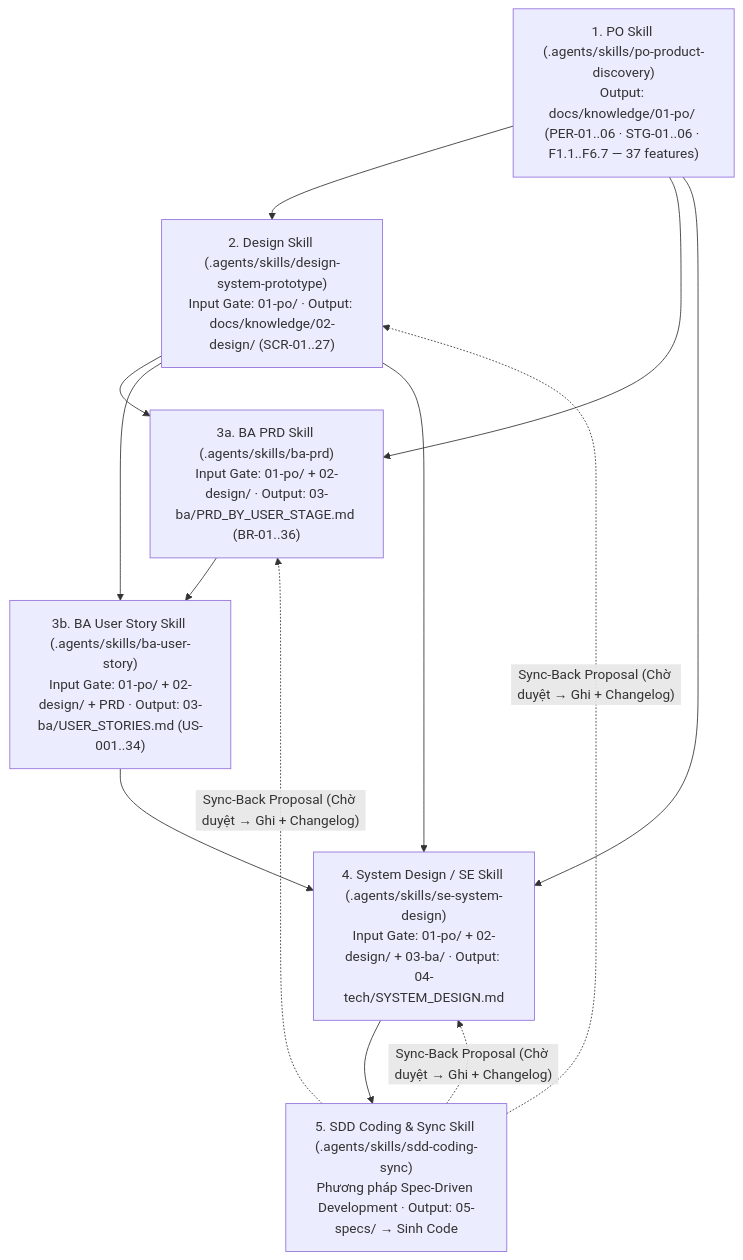
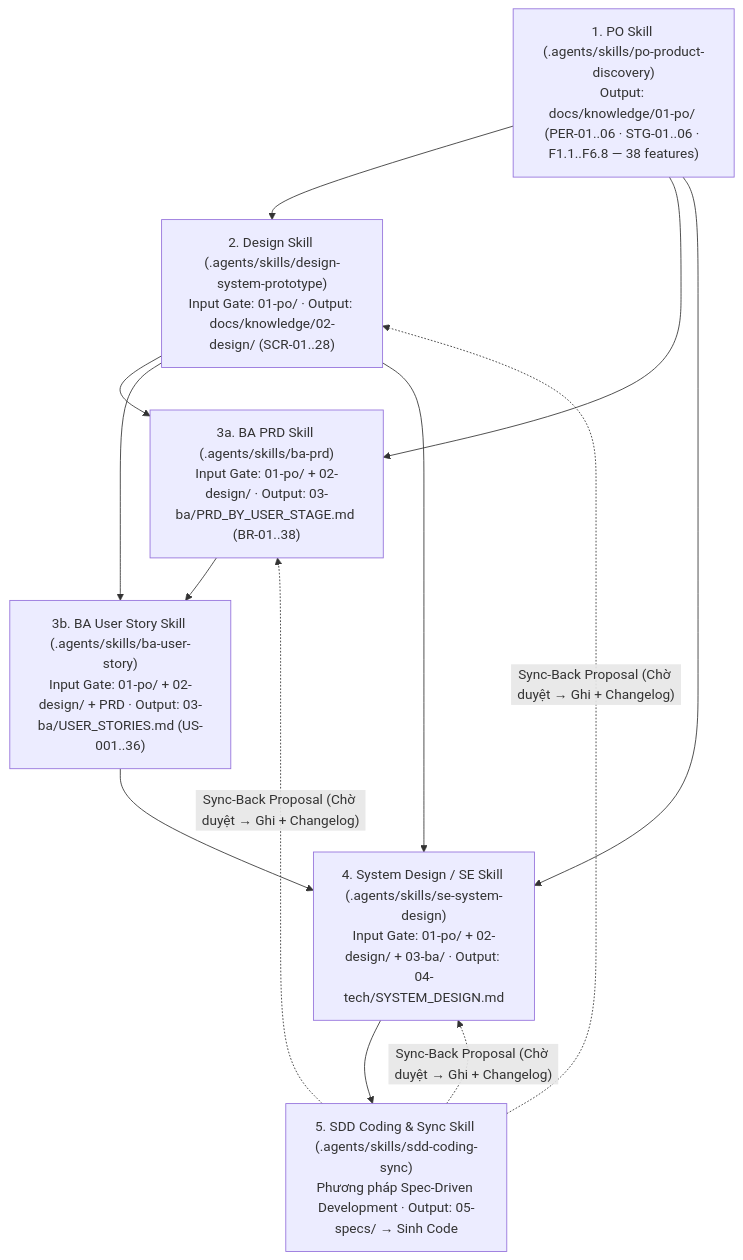
One commit to lequochuy05/order_by_qr changed the diagram in docs/knowledge/KNOWLEDGE_HUB.md. Above: the diagram before and after it, drawn with Mermaid. The commit also changed other lines of this file and 8 other files, not shown here.

````diff
--- a/docs/knowledge/KNOWLEDGE_HUB.md
+++ b/docs/knowledge/KNOWLEDGE_HUB.md
@@ -9,22 +9,22 @@
 ```mermaid
 flowchart TB
-    PO["1. PO Skill (.agents/skills/po-product-discovery)<br/>Output: docs/knowledge/01-po/ (PER-01..06 · STG-01..06 · F1.1..F6.7 — 37 features)"]
-    DES["2. Design Skill (.agents/skills/design-system-prototype)<br/>Input Gate: 01-po/ · Output: docs/knowledge/02-design/ (SCR-01..27)"]
-    BA1["3a. BA PRD Skill (.agents/skills/ba-prd)<br/>Input Gate: 01-po/ + 02-design/ · Output: 03-ba/PRD_BY_USER_STAGE.md (BR-01..36)"]
-    BA2["3b. BA User Story Skill (.agents/skills/ba-user-story)<br/>Input Gate: 01-po/ + 02-design/ + PRD · Output: 03-ba/USER_STORIES.md (US-001..34)"]
+    PO["1. PO Skill (.agents/skills/po-product-discovery)<br/>Output: docs/knowledge/01-po/ (PER-01..06 · STG-01..06 · F1.1..F6.8 — 38 features)"]
+    DES["2. Design Skill (.agents/skills/design-system-prototype)<br/>Input Gate: 01-po/ · Output: docs/knowledge/02-design/ (SCR-01..28)"]
+    BA1["3a. BA PRD Skill (.agents/skills/ba-prd)<br/>Input Gate: 01-po/ + 02-design/ · Output: 03-ba/PRD_BY_USER_STAGE.md (BR-01..38)"]
+    BA2["3b. BA User Story Skill (.agents/skills/ba-user-story)<br/>Input Gate: 01-po/ + 02-design/ + PRD · Output: 03-ba/USER_STORIES.md (US-001..36)"]
     SE["4. System Design / SE Skill (.agents/skills/se-system-design)<br/>Input Gate: 01-po/ + 02-design/ + 03-ba/ · Output: 04-tech/SYSTEM_DESIGN.md"]
     SDD["5. SDD Coding & Sync Skill (.agents/skills/sdd-coding-sync)<br/>Phương pháp Spec-Driven Development · Output: 05-specs/ → Sinh Code"]
 
     PO --> DES
     PO --> BA1
     DES --> BA1
     BA1 --> BA2
     DES --> BA2
     PO --> SE
     DES --> SE
     BA2 --> SE
     SE --> SDD
     SDD -.->|"Sync-Back Proposal (Chờ duyệt → Ghi + Changelog)"| DES
     SDD -.->|"Sync-Back Proposal (Chờ duyệt → Ghi + Changelog)"| BA1
     SDD -.->|"Sync-Back Proposal (Chờ duyệt → Ghi + Changelog)"| SE
 ```
````
